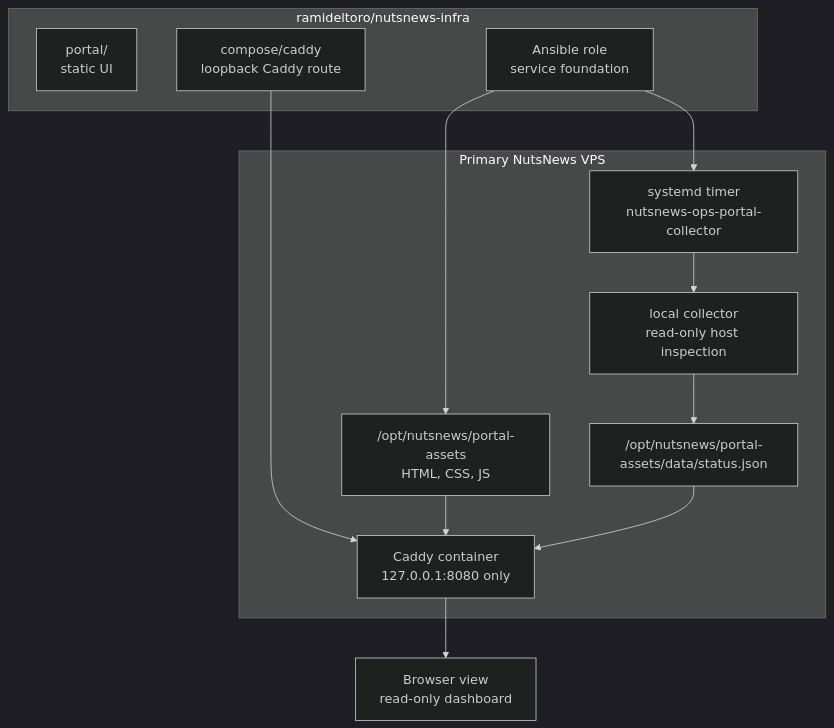
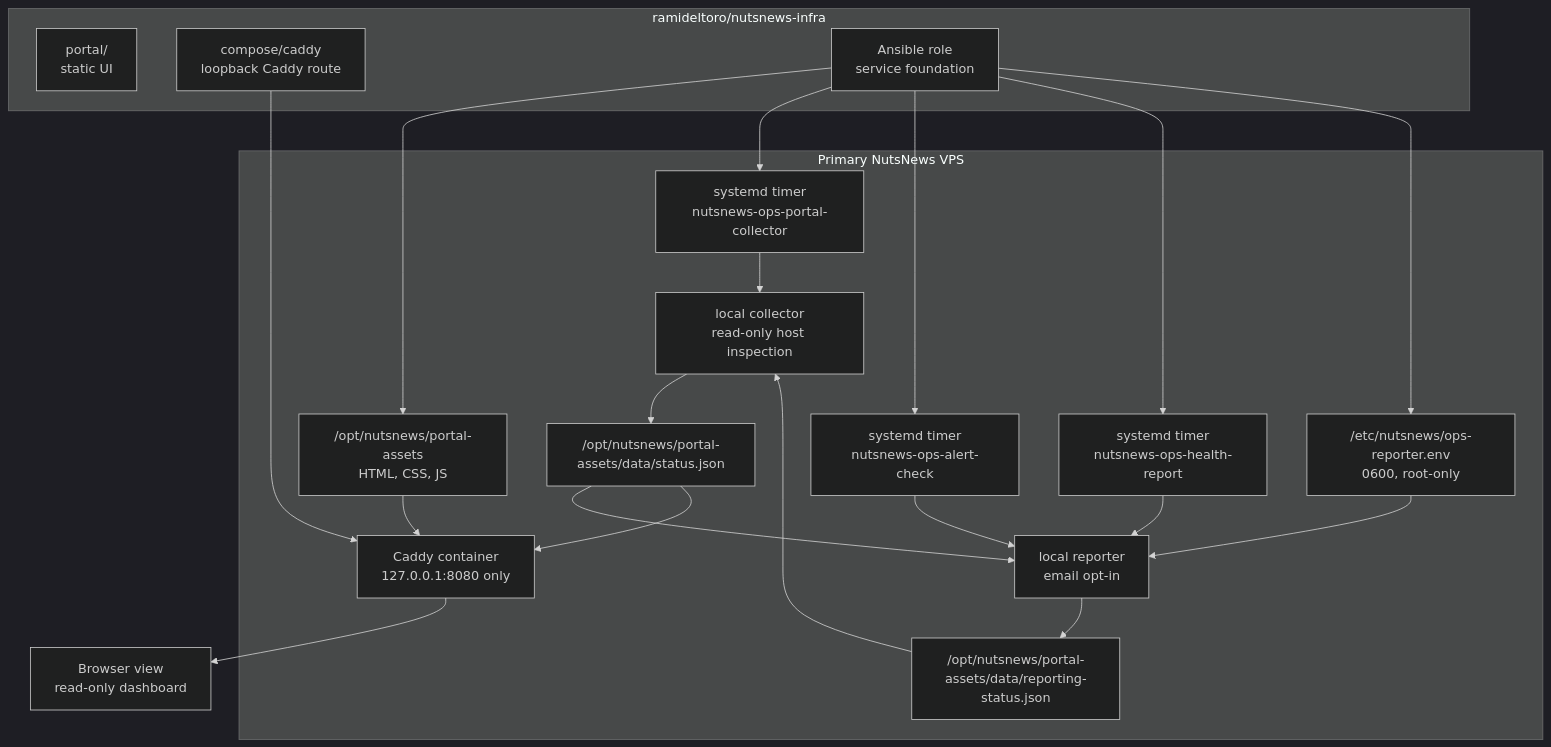
The first of 6 diagrams in NUTSNEWS_OPERATIONS_PORTAL_V1.md (ramideltoro/nutsnews-docs), drawn with Mermaid (dark theme) before and after one commit. The commit also changed other lines of this file and 1 other file, not shown here.

Commit message:
Document ops portal email reporting

````diff
--- a/NUTSNEWS_OPERATIONS_PORTAL_V1.md
+++ b/NUTSNEWS_OPERATIONS_PORTAL_V1.md
@@ -66,25 +87,39 @@
 ```mermaid
 flowchart TB
   subgraph Repo["ramideltoro/nutsnews-infra"]
     portal["portal/\nstatic UI"]
     compose["compose/caddy\nloopback Caddy route"]
     ansible["Ansible role\nservice foundation"]
   end
 
   subgraph VPS["Primary NutsNews VPS"]
     timer["systemd timer\nnutsnews-ops-portal-collector"]
     collector["local collector\nread-only host inspection"]
+    alertTimer["systemd timer\nnutsnews-ops-alert-check"]
+    reportTimer["systemd timer\nnutsnews-ops-health-report"]
+    reporter["local reporter\nemail opt-in"]
+    env["/etc/nutsnews/ops-reporter.env\n0600, root-only"]
     json["/opt/nutsnews/portal-assets/data/status.json"]
+    reportingJson["/opt/nutsnews/portal-assets/data/reporting-status.json"]
     assets["/opt/nutsnews/portal-assets\nHTML, CSS, JS"]
     caddy["Caddy container\n127.0.0.1:8080 only"]
   end
 
   ansible --> assets
   ansible --> timer
+  ansible --> alertTimer
+  ansible --> reportTimer
+  ansible --> env
   compose --> caddy
   timer --> collector
   collector --> json
+  alertTimer --> reporter
+  reportTimer --> reporter
+  env --> reporter
+  json --> reporter
+  reporter --> reportingJson
+  reportingJson --> collector
   assets --> caddy
   json --> caddy
   caddy --> browser["Browser view\nread-only dashboard"]
 ```
````
